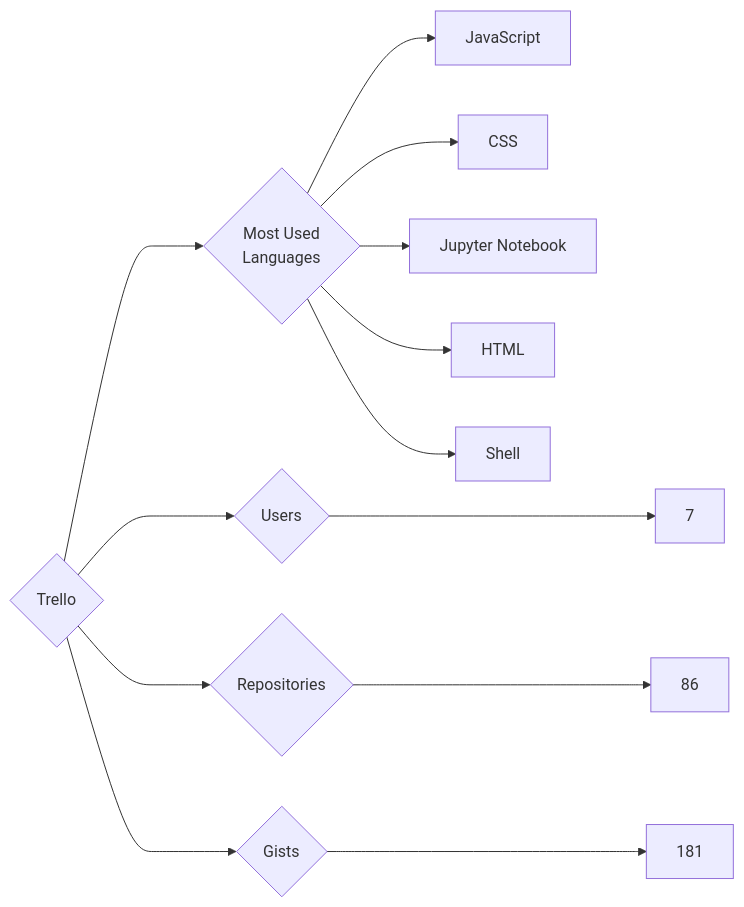
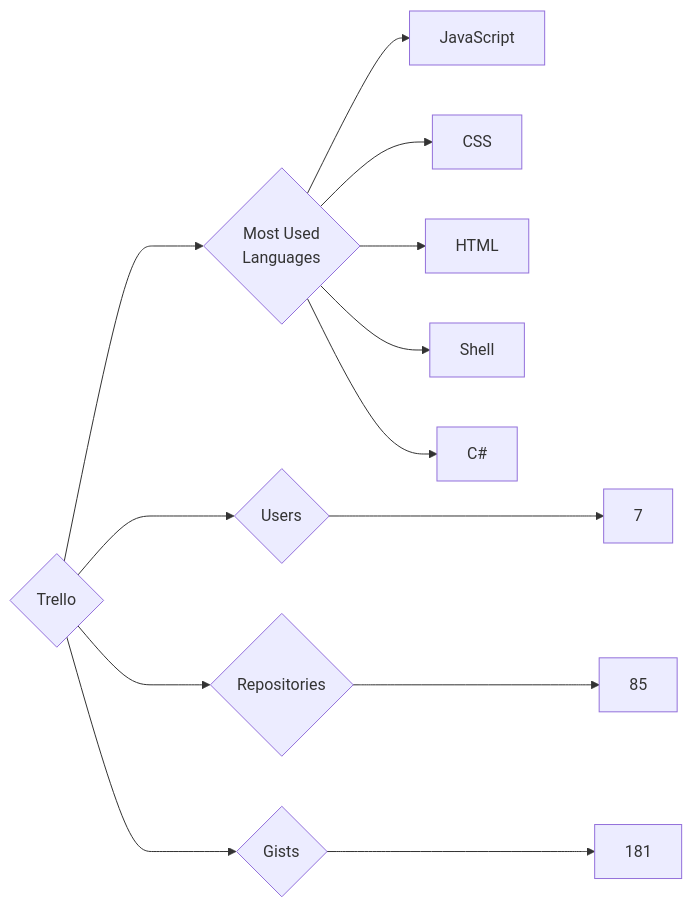
The diagram in targets/Trello/README.md (trickest/insiders), drawn with Mermaid before and after one commit. The commit also changed 895 other files, not shown here.

````diff
--- a/targets/Trello/README.md
+++ b/targets/Trello/README.md
@@ -3,13 +3,13 @@
 ```mermaid
 graph LR
 COMPANY_NAME{Trello}
 COMPANY_NAME ---> U{Users} ---> UN[7]
-COMPANY_NAME ---> R{Repositories} ---> RN[86]
+COMPANY_NAME ---> R{Repositories} ---> RN[85]
 COMPANY_NAME ---> G{Gists} ---> GN[181]
 COMPANY_NAME ---> ML{Most Used<br>Languages}
 ML --> JavaScript[JavaScript]
 ML --> CSS[CSS]
-ML --> Jupyter_Notebook[Jupyter Notebook]
 ML --> HTML[HTML]
 ML --> Shell[Shell]
+ML --> C#[C#]
 ```
````
